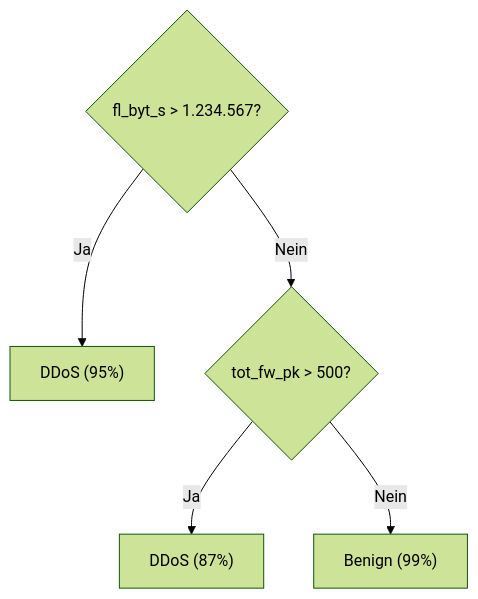
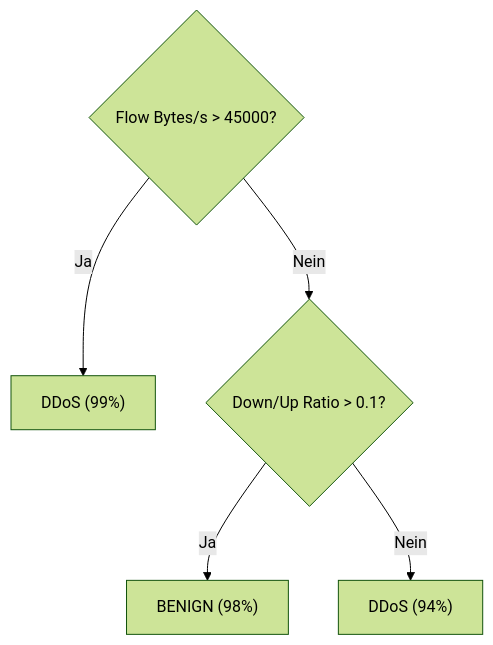
The third of 4 diagrams in Wiki/Orange_Klassifikations_Workflow.md (LK-Reichl-F/alp_cisco_akademietag_muenchen_2026), drawn with Mermaid (forest theme) before and after one commit. The commit also changed other lines of this file and 10 other files, not shown here.

````diff
--- a/Wiki/Orange_Klassifikations_Workflow.md
+++ b/Wiki/Orange_Klassifikations_Workflow.md
@@ -110,8 +110,8 @@
 ```mermaid
 graph TD
-    A{"fl_byt_s > 1.234.567?"}
-    A -->|Ja| B["DDoS (95%)"]
-    A -->|Nein| C{"tot_fw_pk > 500?"}
-    C -->|Ja| D["DDoS (87%)"]
-    C -->|Nein| E["Benign (99%)"]
+    A{"Flow Bytes/s > 45000?"}
+    A -->|Ja| B["DDoS (99%)"]
+    A -->|Nein| C{"Down/Up Ratio > 0.1?"}
+    C -->|Ja| D["BENIGN (98%)"]
+    C -->|Nein| E["DDoS (94%)"]
 ```
````
